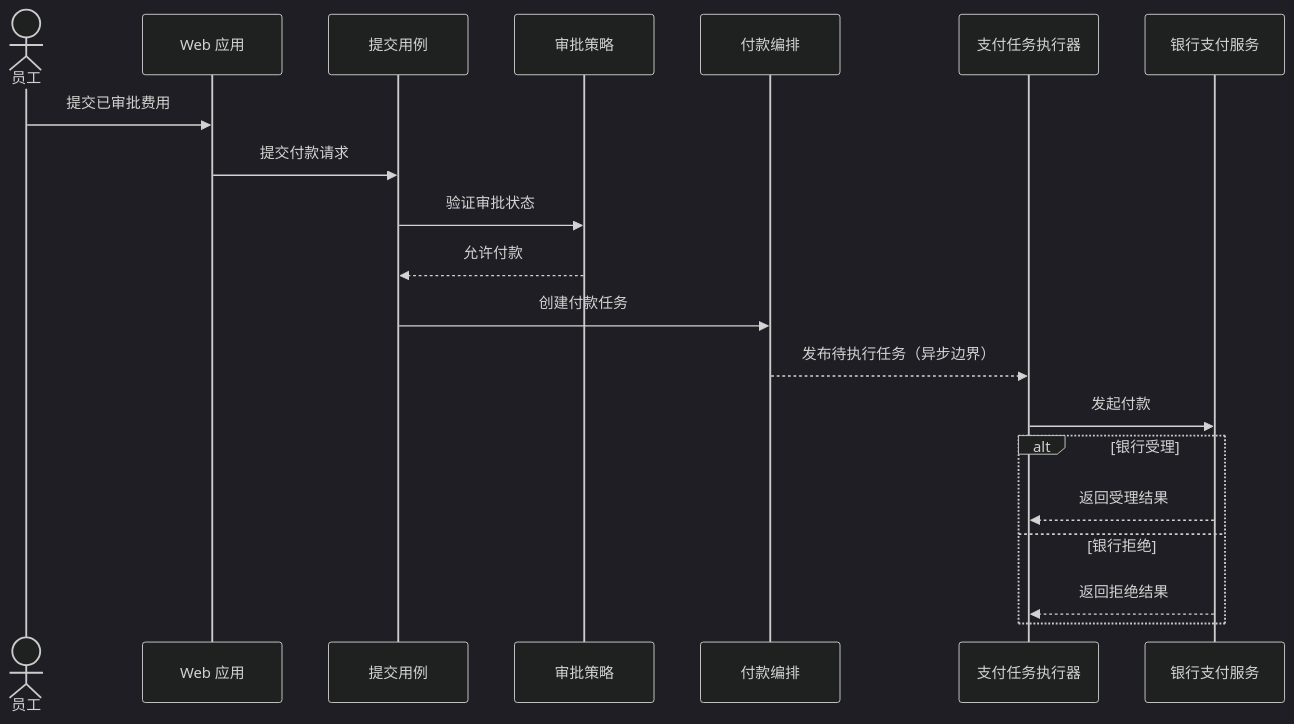
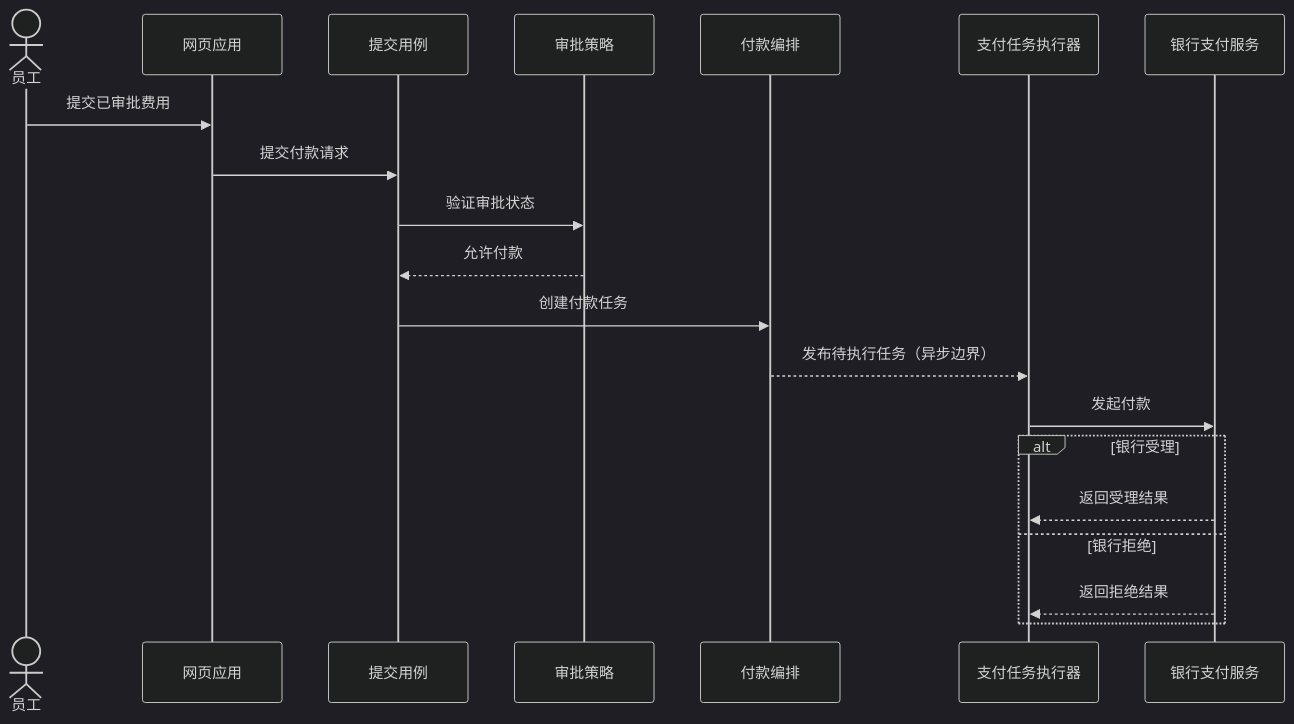
The diagram in content/modeling/mod-03-c4-component-dynamic-deployment.mdx (sealday/tego-arch), drawn with Mermaid (dark theme) before and after one commit. The commit also changed other lines of this file and 68 other files, not shown here.

Commit message:
refactor(content): standardize architecture terminology

````diff
--- a/content/modeling/mod-03-c4-component-dynamic-deployment.mdx
+++ b/content/modeling/mod-03-c4-component-dynamic-deployment.mdx
@@ -81,23 +85,23 @@
 ```mermaid
 sequenceDiagram
   actor Employee as 员工
-  participant Web as Web 应用
+  participant Web as 网页应用
   participant Submit as 提交用例
   participant Policy as 审批策略
   participant Payment as 付款编排
   participant Worker as 支付任务执行器
   participant Bank as 银行支付服务
 
   Employee->>Web: 提交已审批费用
   Web->>Submit: 提交付款请求
   Submit->>Policy: 验证审批状态
   Policy-->>Submit: 允许付款
   Submit->>Payment: 创建付款任务
   Payment-->>Worker: 发布待执行任务（异步边界）
   Worker->>Bank: 发起付款
   alt 银行受理
     Bank-->>Worker: 返回受理结果
   else 银行拒绝
     Bank-->>Worker: 返回拒绝结果
   end
 ```
````
